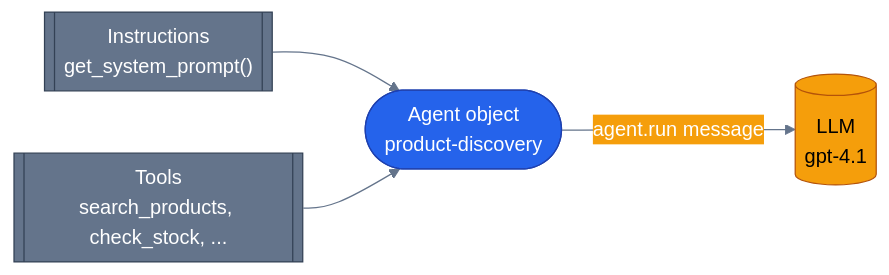
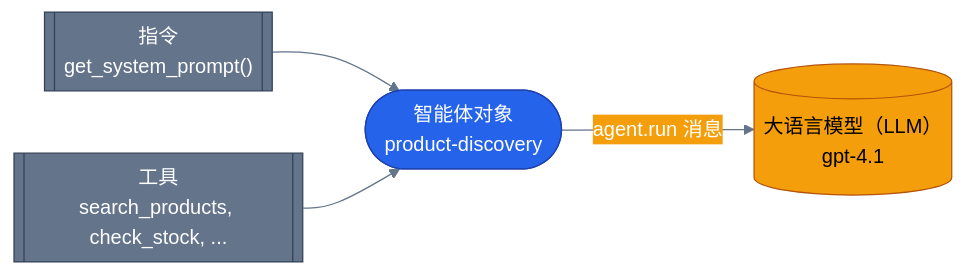
The diagram in docs/concepts/01-what-is-an-agent.md (s1encisi/reliable-commerce-agents), drawn with Mermaid before and after one commit. The commit also changed other lines of this file and 1033 other files, not shown here.

````diff
--- a/docs/concepts/01-what-is-an-agent.md
+++ b/docs/concepts/01-what-is-an-agent.md
@@ -102,23 +88,23 @@
 ```mermaid
 %%{init: {'theme':'base', 'themeVariables': {
   'primaryColor': '#2563eb','primaryTextColor': '#ffffff','primaryBorderColor': '#1e40af',
   'lineColor': '#64748b','secondaryColor': '#f59e0b','tertiaryColor': '#10b981',
   'background': 'transparent'}}}%%
 flowchart LR
   classDef core     fill:#2563eb,stroke:#1e40af,color:#ffffff
   classDef external fill:#f59e0b,stroke:#b45309,color:#000000
   classDef infra    fill:#64748b,stroke:#334155,color:#ffffff
 
-  instructions[["Instructions<br/>get_system_prompt()"]]
-  tools[["Tools<br/>search_products, check_stock, ..."]]
-  agent(["Agent object<br/>product-discovery"])
-  model[("LLM<br/>gpt-4.1")]
+  instructions[["指令<br/>get_system_prompt()"]]
+  tools[["工具<br/>search_products, check_stock, ..."]]
+  agent(["智能体对象<br/>product-discovery"])
+  model[("大语言模型（LLM）<br/>gpt-4.1")]
 
   instructions --> agent
   tools --> agent
-  agent -->|agent.run message| model
+  agent -->|agent.run 消息| model
 
   class instructions,tools infra
   class agent core
   class model external
 ```
````
